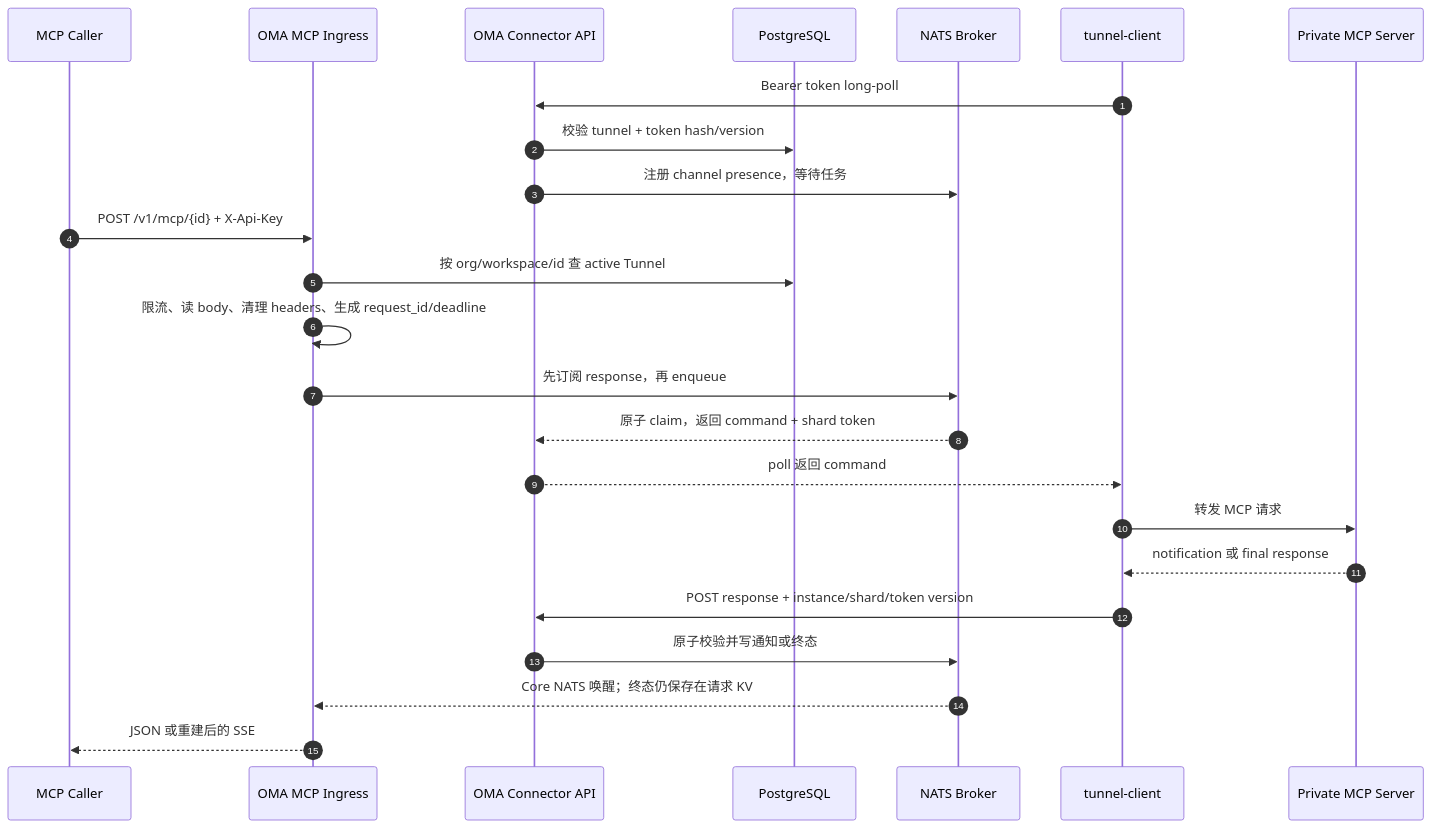
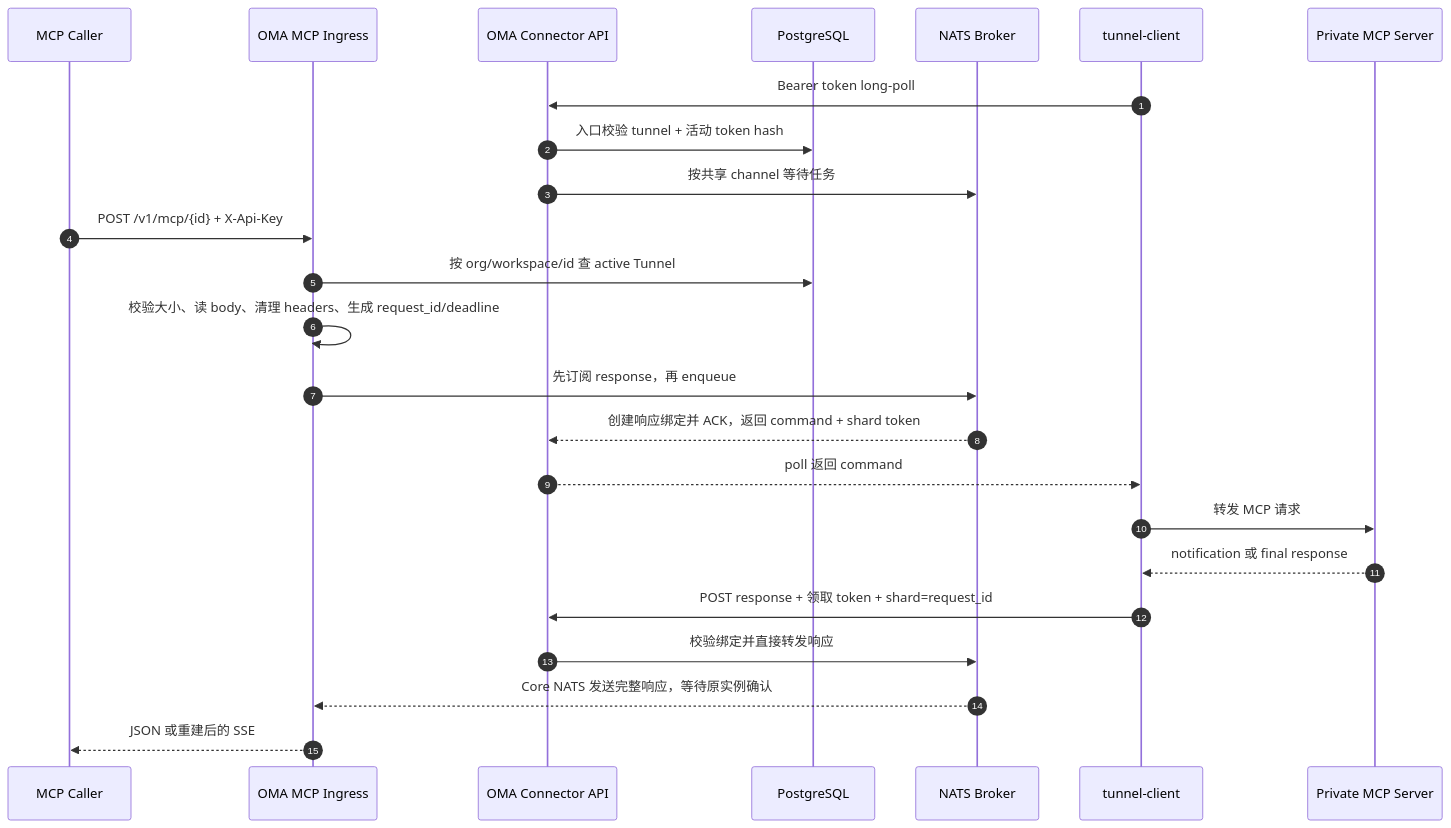
The second of 4 diagrams in docs/design/mcp-tunnel-developer-guide.md (superduck-ai/open-managed-agents), drawn with Mermaid before and after one commit. The commit also changed other lines of this file and 77 other files, not shown here.

First line of the commit message:
[modify] simplify MCP tunnel delivery and use Redis claim bindings (#392)

````diff
--- a/docs/design/mcp-tunnel-developer-guide.md
+++ b/docs/design/mcp-tunnel-developer-guide.md
@@ -384,27 +400,27 @@
 ```mermaid
 sequenceDiagram
     autonumber
     participant Caller as MCP Caller
     participant Ingress as OMA MCP Ingress
     participant Connector as OMA Connector API
     participant DB as PostgreSQL
     participant Broker as NATS Broker
     participant Client as tunnel-client
     participant MCP as Private MCP Server
 
     Client->>Connector: Bearer token long-poll
-    Connector->>DB: 校验 tunnel + token hash/version
-    Connector->>Broker: 注册 channel presence，等待任务
+    Connector->>DB: 入口校验 tunnel + 活动 token hash
+    Connector->>Broker: 按共享 channel 等待任务
     Caller->>Ingress: POST /v1/mcp/{id} + X-Api-Key
     Ingress->>DB: 按 org/workspace/id 查 active Tunnel
-    Ingress->>Ingress: 限流、读 body、清理 headers、生成 request_id/deadline
+    Ingress->>Ingress: 校验大小、读 body、清理 headers、生成 request_id/deadline
     Ingress->>Broker: 先订阅 response，再 enqueue
-    Broker-->>Connector: 原子 claim，返回 command + shard token
+    Broker-->>Connector: 创建响应绑定并 ACK，返回 command + shard token
     Connector-->>Client: poll 返回 command
     Client->>MCP: 转发 MCP 请求
     MCP-->>Client: notification 或 final response
-    Client->>Connector: POST response + instance/shard/token version
-    Connector->>Broker: 原子校验并写通知或终态
-    Broker-->>Ingress: Core NATS 唤醒；终态仍保存在请求 KV
+    Client->>Connector: POST response + 领取 token + shard=request_id
+    Connector->>Broker: 校验绑定并直接转发响应
+    Broker-->>Ingress: Core NATS 发送完整响应，等待原实例确认
     Ingress-->>Caller: JSON 或重建后的 SSE
 ```
````
